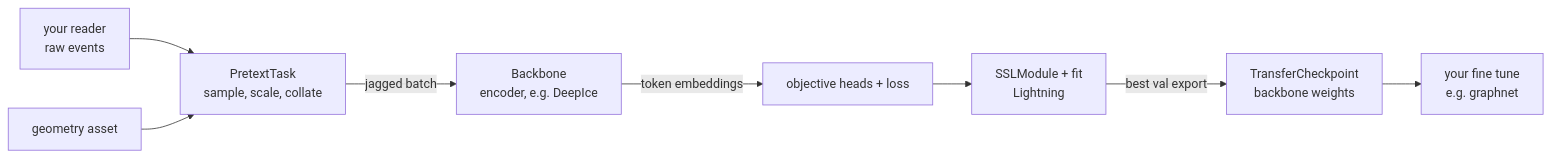
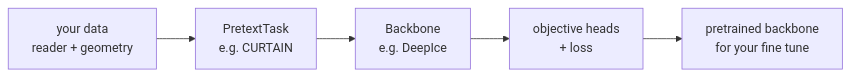
Before and after one commit to sevmag/SPINE: the diagram in README.md, drawn with Mermaid.

Commit message:
README: simpler, larger component diagram

````diff
--- a/README.md
+++ b/README.md
@@ -12,10 +12,7 @@
 ```mermaid
 flowchart LR
-    R["your reader<br/>raw events"] --> T["PretextTask<br/>sample, scale, collate"]
-    G["geometry asset"] --> T
-    T -- jagged batch --> B["Backbone<br/>encoder, e.g. DeepIce"]
-    B -- token embeddings --> H["objective heads + loss"]
-    H --> M["SSLModule + fit<br/>Lightning"]
-    M -- best val export --> X["TransferCheckpoint<br/>backbone weights"]
-    X --> F["your fine tune<br/>e.g. graphnet"]
+    D["your data<br/>reader + geometry"] --> T["PretextTask<br/>e.g. CURTAIN"]
+    T --> B["Backbone<br/>e.g. DeepIce"]
+    B --> H["objective heads<br/>+ loss"]
+    H --> X["pretrained backbone<br/>for your fine tune"]
 ```
````
